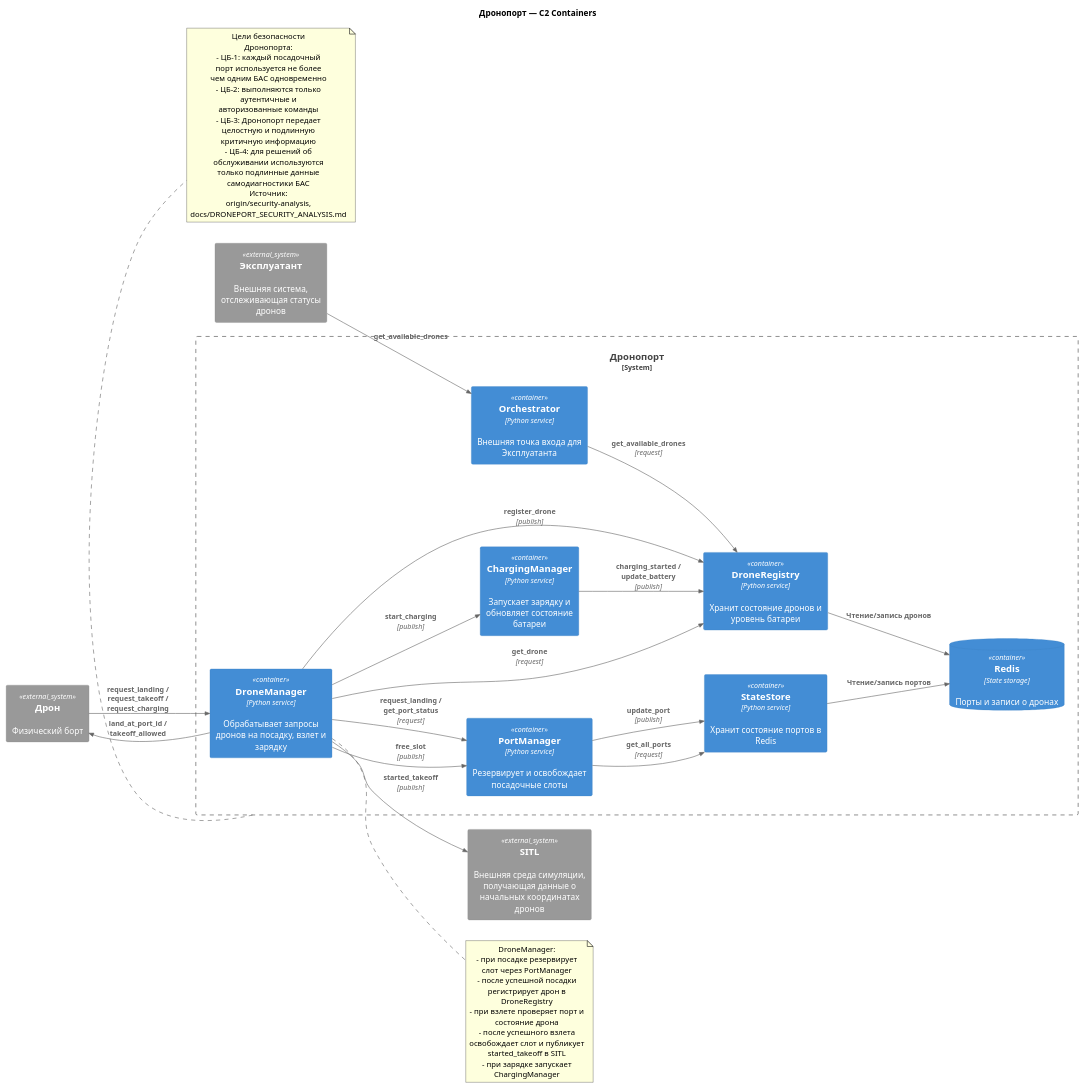
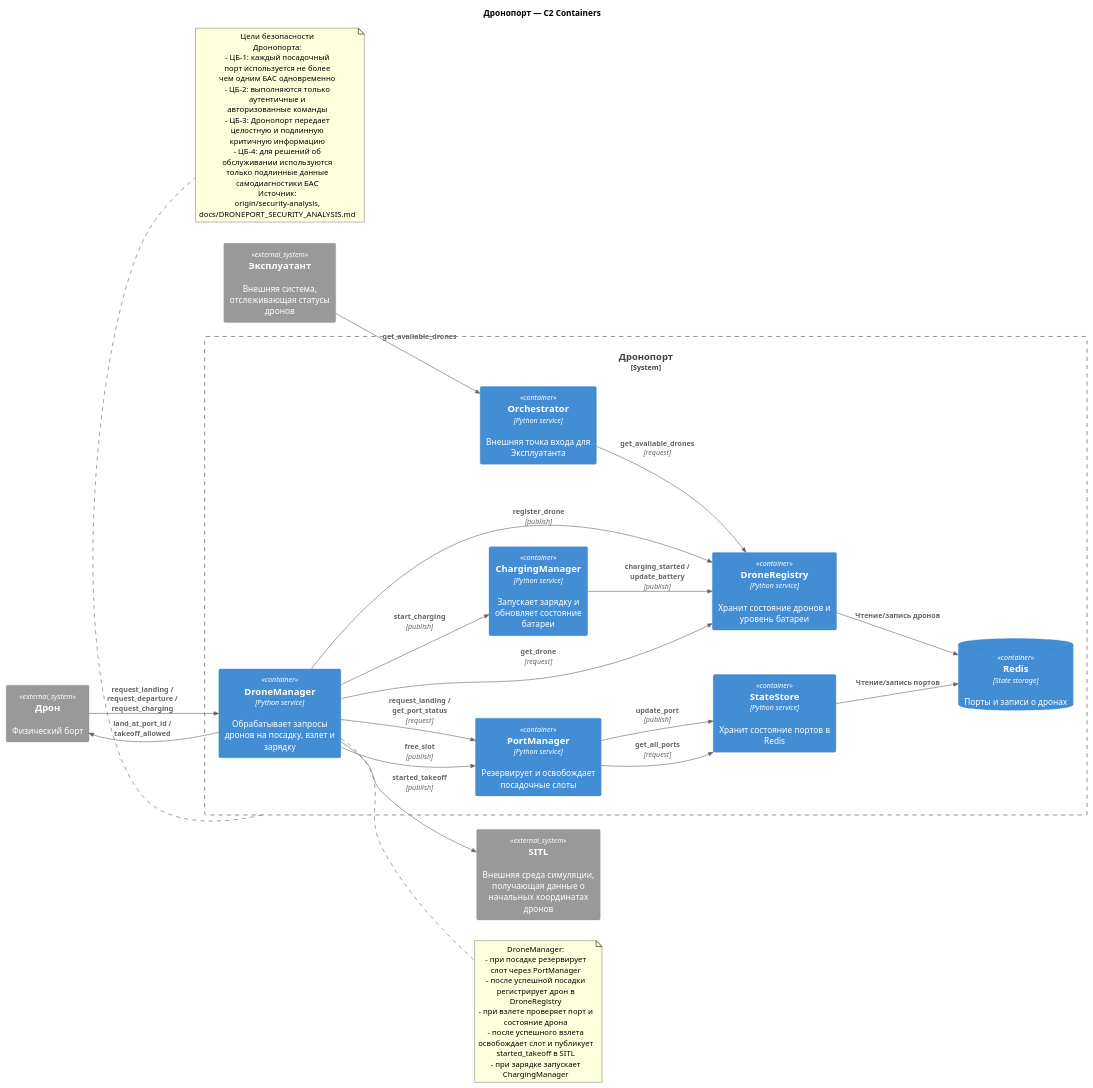
The diagram in systems/drone_port/docs/C4 Container.puml (Kaitrye/DronePortGCS), drawn with PlantUML before and after one commit. The commit also changed 46 other files, not shown here.

```diff
--- a/systems/drone_port/docs/C4 Container.puml
+++ b/systems/drone_port/docs/C4 Container.puml
@@ -1,60 +1,60 @@
 @startuml
 !include https://raw.githubusercontent.com/plantuml-stdlib/C4-PlantUML/master/C4_Container.puml
 LAYOUT_LEFT_RIGHT()
 
 title Дронопорт — C2 Containers
 
 System_Ext(operator_system, "Эксплуатант", "Внешняя система, отслеживающая статусы дронов")
 System_Ext(drone, "Дрон", "Физический борт")
 System_Ext(sitl, "SITL", "Внешняя среда симуляции, получающая данные о начальных координатах дронов")
 
 System_Boundary(drone_port, "Дронопорт") {
   Container(orchestrator, "Orchestrator", "Python service", "Внешняя точка входа для Эксплуатанта")
   Container(drone_manager, "DroneManager", "Python service", "Обрабатывает запросы дронов на посадку, взлет и зарядку")
   Container(drone_registry, "DroneRegistry", "Python service", "Хранит состояние дронов и уровень батареи")
   Container(port_manager, "PortManager", "Python service", "Резервирует и освобождает посадочные слоты")
   Container(charging_manager, "ChargingManager", "Python service", "Запускает зарядку и обновляет состояние батареи")
   Container(state_store, "StateStore", "Python service", "Хранит состояние портов в Redis")
 
   ContainerDb(redis, "Redis", "State storage", "Порты и записи о дронах")
 }
 
 Rel(operator_system, orchestrator, "get_available_drones")
 Rel(orchestrator, drone_registry, "get_available_drones", "request")
 
-Rel(drone, drone_manager, "request_landing / request_takeoff / request_charging")
+Rel(drone, drone_manager, "request_landing / request_departure / request_charging")
 Rel(drone_manager, drone, "land_at_port_id / takeoff_allowed")
 Rel(drone_manager, sitl, "started_takeoff", "publish")
 
 Rel(drone_manager, port_manager, "request_landing / get_port_status", "request")
 Rel(drone_manager, port_manager, "free_slot", "publish")
 Rel(drone_manager, drone_registry, "register_drone", "publish")
 Rel(drone_manager, drone_registry, "get_drone", "request")
 Rel(drone_manager, charging_manager, "start_charging", "publish")
 
 Rel(charging_manager, drone_registry, "charging_started / update_battery", "publish")
 
 Rel(port_manager, state_store, "get_all_ports", "request")
 Rel(port_manager, state_store, "update_port", "publish")
 Rel(state_store, redis, "Чтение/запись портов")
 Rel(drone_registry, redis, "Чтение/запись дронов")
 
 note right of drone_manager
   DroneManager:
   - при посадке резервирует слот через PortManager
   - после успешной посадки регистрирует дрон в DroneRegistry
   - при взлете проверяет порт и состояние дрона
   - после успешного взлета освобождает слот и публикует started_takeoff в SITL
   - при зарядке запускает ChargingManager
 end note
 
 note bottom of drone_port
   Цели безопасности Дронопорта:
   - ЦБ-1: каждый посадочный порт используется не более чем одним БАС одновременно
   - ЦБ-2: выполняются только аутентичные и авторизованные команды
   - ЦБ-3: Дронопорт передает целостную и подлинную критичную информацию
   - ЦБ-4: для решений об обслуживании используются только подлинные данные самодиагностики БАС
   Источник: origin/security-analysis, docs/DRONEPORT_SECURITY_ANALYSIS.md
 end note
 
 @enduml
```
